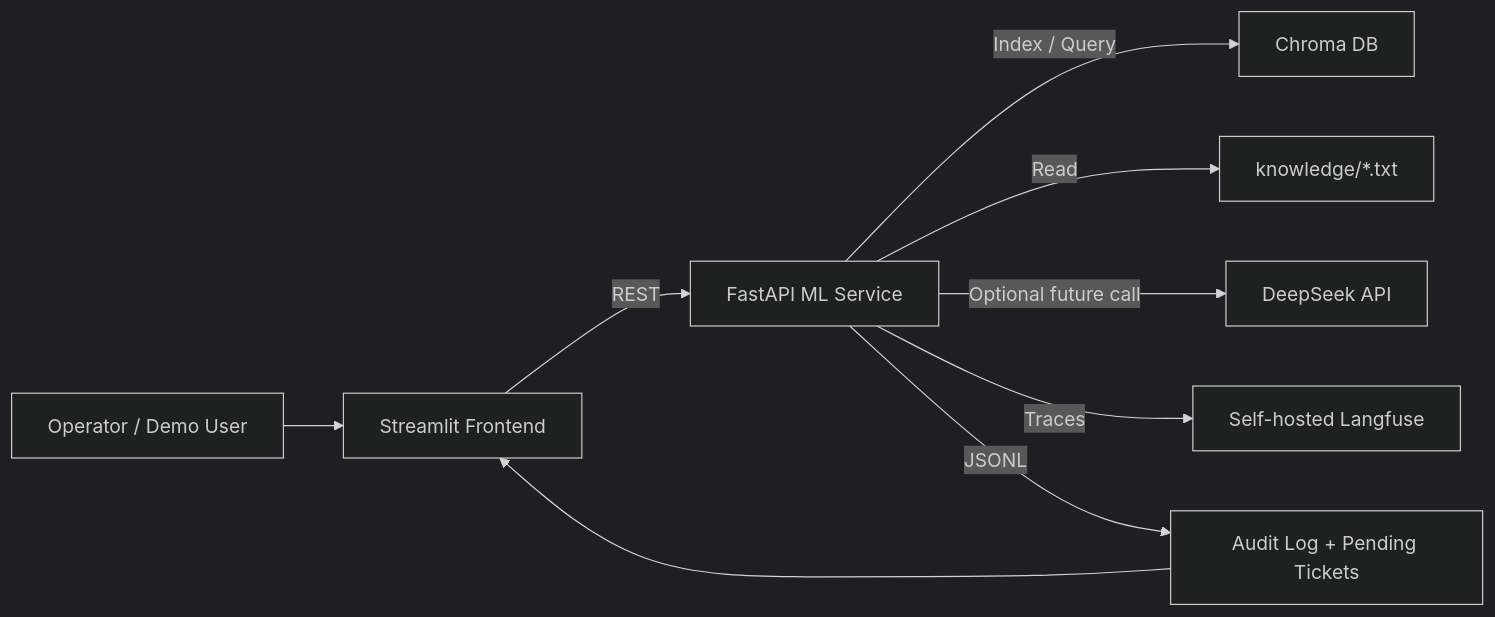
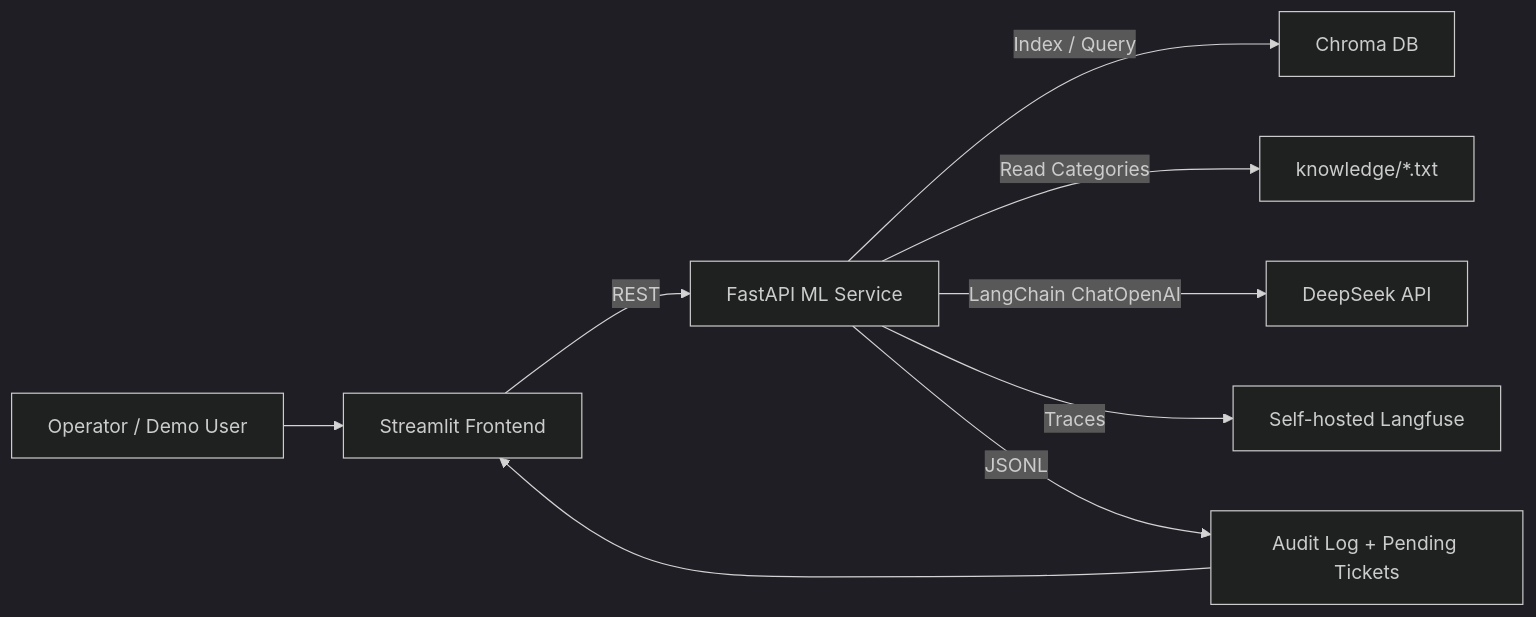
Before and after one commit to TaggedDev/itmo-entrance-exam: the diagram in docs/architecture.md, drawn with Mermaid (dark theme). The commit also changed other lines of this file and 12 other files, not shown here.

````diff
--- a/docs/architecture.md
+++ b/docs/architecture.md
@@ -3,11 +3,11 @@
 ```mermaid
 flowchart LR
     U[Operator / Demo User] --> F[Streamlit Frontend]
     F -->|REST| M[FastAPI ML Service]
     M -->|Index / Query| C[Chroma DB]
-    M -->|Read| K[knowledge/*.txt]
-    M -->|Optional future call| D[DeepSeek API]
+    M -->|Read Categories| K[knowledge/*.txt]
+    M -->|LangChain ChatOpenAI| D[DeepSeek API]
     M -->|Traces| L[Self-hosted Langfuse]
     M -->|JSONL| A[Audit Log + Pending Tickets]
     A --> F
 ```
````
